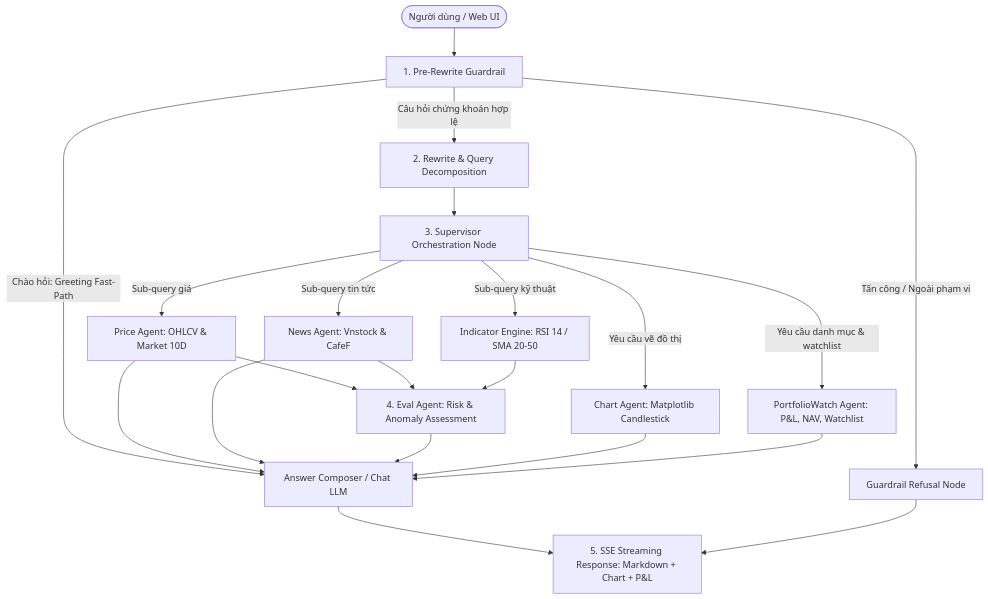
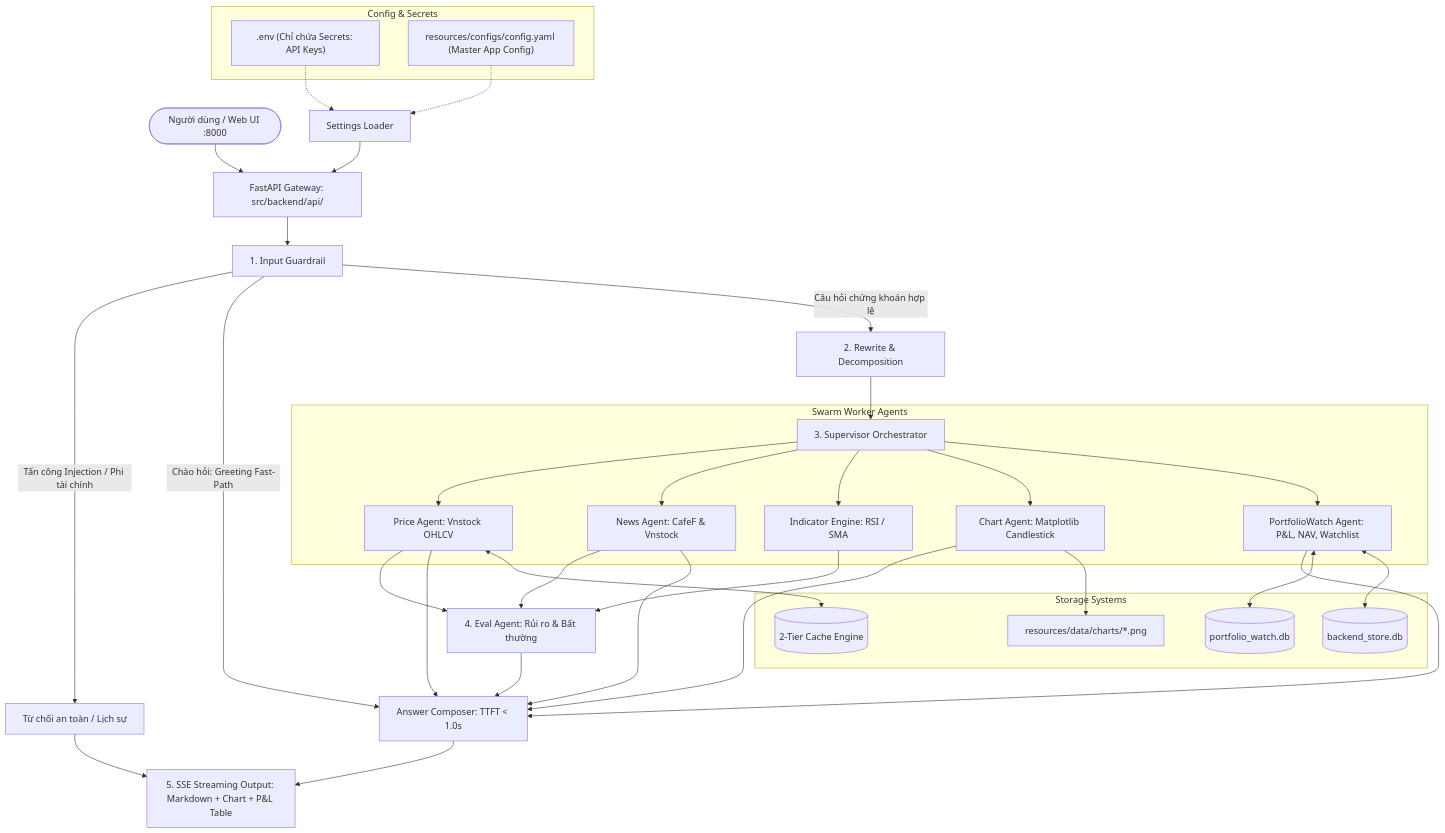
One commit to Anodis108/Agent_Stock changed the diagram in README.md. Above: the diagram before and after it, drawn with Mermaid. The commit also changed other lines of this file and 185 other files, not shown here.

First line of the commit message:
Refactor backend layout, reorganize tests, and consolidate eval artifacts.

````diff
--- a/README.md
+++ b/README.md
@@ -25,29 +31,52 @@
 ```mermaid
 graph TD
-    User([Người dùng / Web UI]) --> Guardrail[1. Pre-Rewrite Guardrail]
+    User([Người dùng / Web UI :8000]) --> API[FastAPI Gateway: src/backend/api/]
     
-    Guardrail -->|Tấn công / Ngoài phạm vi| Refusal[Guardrail Refusal Node]
-    Guardrail -->|Chào hỏi: Greeting Fast-Path| Composer[Answer Composer / Chat LLM]
-    Guardrail -->|Câu hỏi chứng khoán hợp lệ| Rewrite[2. Rewrite & Query Decomposition]
+    subgraph Config & Secrets
+        Env[".env (Chỉ chứa Secrets: API Keys)"]
+        Yaml["resources/configs/config.yaml (Master App Config)"]
+    end
+    Env -.-> Settings[Settings Loader]
+    Yaml -.-> Settings
+    Settings --> API
+
+    API --> Guardrail[1. Input Guardrail]
+    Guardrail -->|Tấn công Injection / Phi tài chính| Refusal[Từ chối an toàn / Lịch sự]
+    Guardrail -->|Chào hỏi: Greeting Fast-Path| Composer[Answer Composer: TTFT < 1.0s]
+    Guardrail -->|Câu hỏi chứng khoán hợp lệ| Rewrite[2. Rewrite & Decomposition]
+
+    Rewrite --> Supervisor[3. Supervisor Orchestrator]
     
-    Rewrite --> Supervisor[3. Supervisor Orchestration Node]
-    
-    Supervisor -->|Sub-query giá| PriceAgent[Price Agent: OHLCV & Market 10D]
-    Supervisor -->|Sub-query tin tức| NewsAgent[News Agent: Vnstock & CafeF]
-    Supervisor -->|Sub-query kỹ thuật| IndicatorEngine[Indicator Engine: RSI 14 / SMA 20-50]
-    Supervisor -->|Yêu cầu vẽ đồ thị| ChartAgent[Chart Agent: Matplotlib Candlestick]
-    Supervisor -->|Yêu cầu danh mục & watchlist| PortfolioWatchAgent[PortfolioWatch Agent: P&L, NAV, Watchlist]
-    
-    PriceAgent --> EvalAgent[4. Eval Agent: Risk & Anomaly Assessment]
+    subgraph Swarm Worker Agents
+        Supervisor --> PriceAgent[Price Agent: Vnstock OHLCV]
+        Supervisor --> NewsAgent[News Agent: CafeF & Vnstock]
+        Supervisor --> IndicatorEngine[Indicator Engine: RSI / SMA]
+        Supervisor --> ChartAgent[Chart Agent: Matplotlib Candlestick]
+        Supervisor --> PWAgent[PortfolioWatch Agent: P&L, NAV, Watchlist]
+    end
+
+    PriceAgent --> EvalAgent[4. Eval Agent: Rủi ro & Bất thường]
     NewsAgent --> EvalAgent
     IndicatorEngine --> EvalAgent
-    
+
     PriceAgent --> Composer
     NewsAgent --> Composer
     EvalAgent --> Composer
     ChartAgent --> Composer
-    PortfolioWatchAgent --> Composer
-    
-    Composer --> SSE[5. SSE Streaming Response: Markdown + Chart + P&L]
-    Refusal --> SSE
+    PWAgent --> Composer
+
+    subgraph Storage Systems
+        DB1[(portfolio_watch.db)]
+        DB2[(backend_store.db)]
+        Cache1[(2-Tier Cache Engine)]
+        ChartStore[resources/data/charts/*.png]
+    end
+
+    PWAgent <--> DB1
+    PWAgent <--> DB2
+    PriceAgent <--> Cache1
+    ChartAgent --> ChartStore
+
+    Composer --> SSEStream[5. SSE Streaming Output: Markdown + Chart + P&L Table]
+    Refusal --> SSEStream
 ```
````
